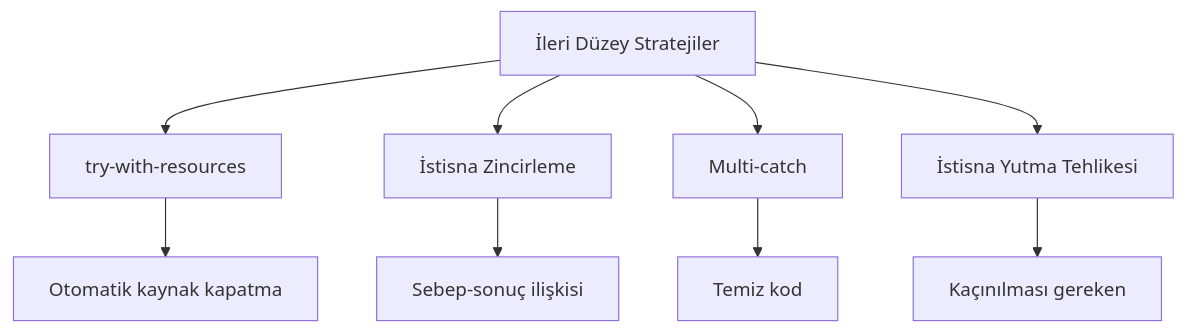
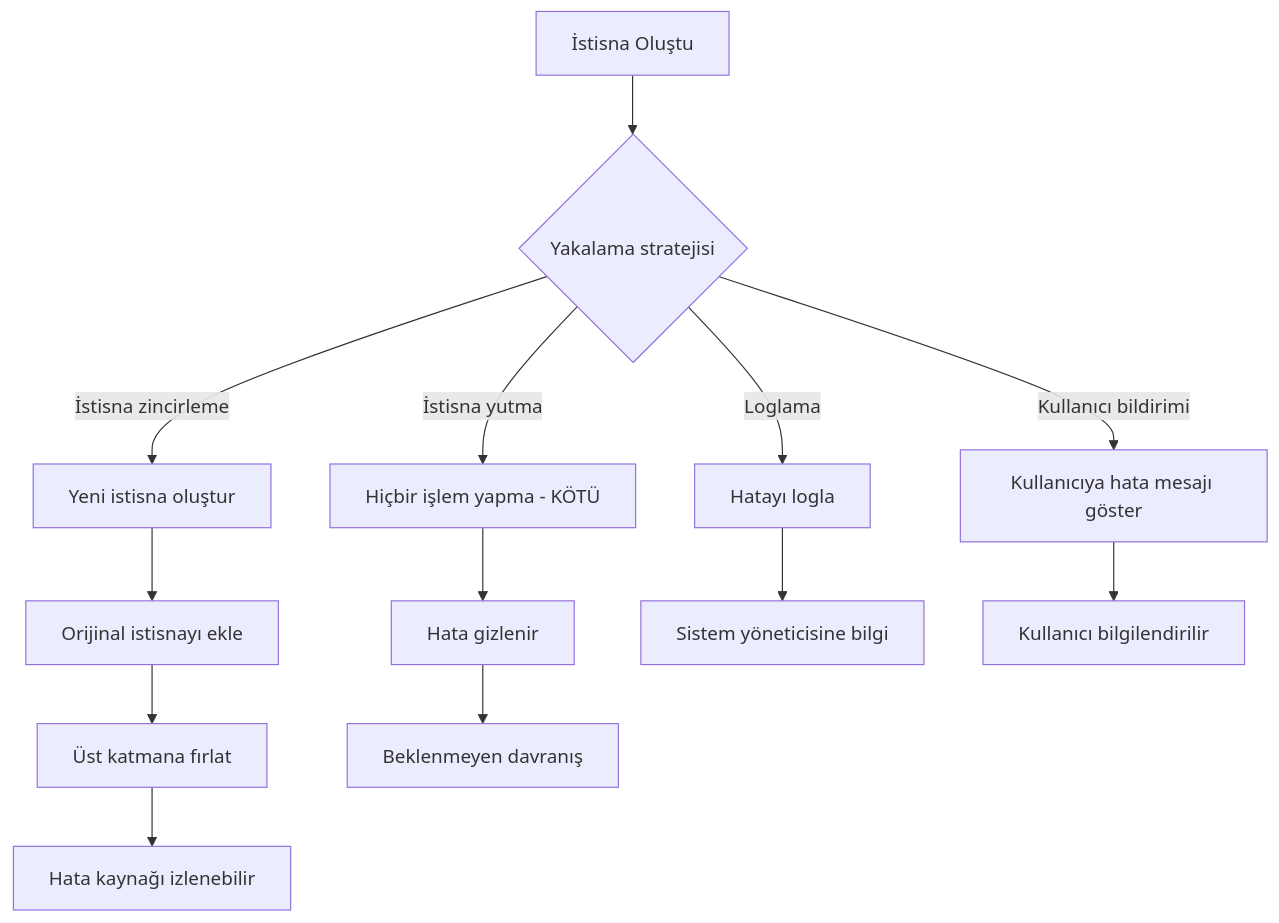
The fifth of 5 diagrams in chapters/bolum-15/draft_versions/v001.md (bmdersleri/bookMaker), drawn with Mermaid before and after one commit. The commit also changed other lines of this file and 31 other files, not shown here.

````diff
--- a/chapters/bolum-15/draft_versions/v001.md
+++ b/chapters/bolum-15/draft_versions/v001.md
@@ -465,11 +742,18 @@
 ```mermaid
 flowchart TD
-    A[İleri Düzey Stratejiler] --> B[try-with-resources]
-    A --> C[İstisna Zincirleme]
-    A --> D[Multi-catch]
-    A --> E[İstisna Yutma Tehlikesi]
-    B --> F[Otomatik kaynak kapatma]
-    C --> G[Sebep-sonuç ilişkisi]
-    D --> H[Temiz kod]
-    E --> I[Kaçınılması gereken]
+    A[İstisna Oluştu] --> B{Yakalama stratejisi}
+    B -->|İstisna zincirleme| C[Yeni istisna oluştur]
+    B -->|İstisna yutma| D[Hiçbir işlem yapma - KÖTÜ]
+    B -->|Loglama| E[Hatayı logla]
+    B -->|Kullanıcı bildirimi| F[Kullanıcıya hata mesajı göster]
+    
+    C --> G[Orijinal istisnayı ekle]
+    G --> H[Üst katmana fırlat]
+    H --> I[Hata kaynağı izlenebilir]
+    
+    D --> J[Hata gizlenir]
+    J --> K[Beklenmeyen davranış]
+    
+    E --> L[Sistem yöneticisine bilgi]
+    F --> M[Kullanıcı bilgilendirilir]
 ```
````
